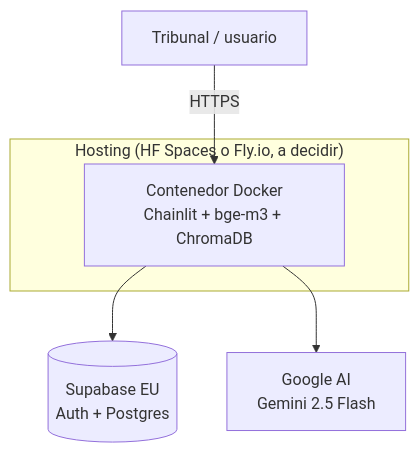
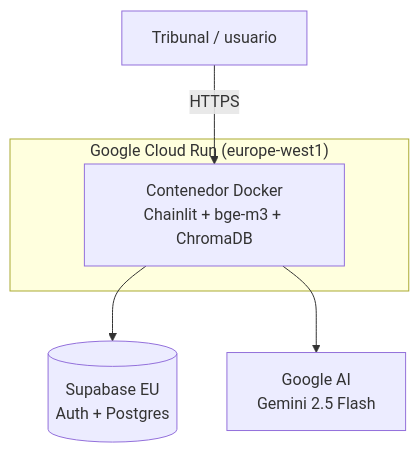
One commit to mimpho/aiip changed the second of 4 diagrams in README.md. Above: the diagram before and after it, drawn with Mermaid. The commit also changed other lines of this file and 8 other files, not shown here.

First line of the commit message:
feat(E-12 T-03): despliegue público en Google Cloud Run, verificado

````diff
--- a/README.md
+++ b/README.md
@@ -195,9 +199,9 @@
 ```mermaid
 flowchart TB
-    subgraph Cloud["Hosting (HF Spaces o Fly.io, a decidir)"]
+    subgraph Cloud["Google Cloud Run (europe-west1)"]
         DOCKER["Contenedor Docker\nChainlit + bge-m3 + ChromaDB"]
     end
     DOCKER --> SUPA[(Supabase EU\nAuth + Postgres)]
     DOCKER --> GEMINI[Google AI\nGemini 2.5 Flash]
     USER[Tribunal / usuario] -->|HTTPS| DOCKER
 ```
````
